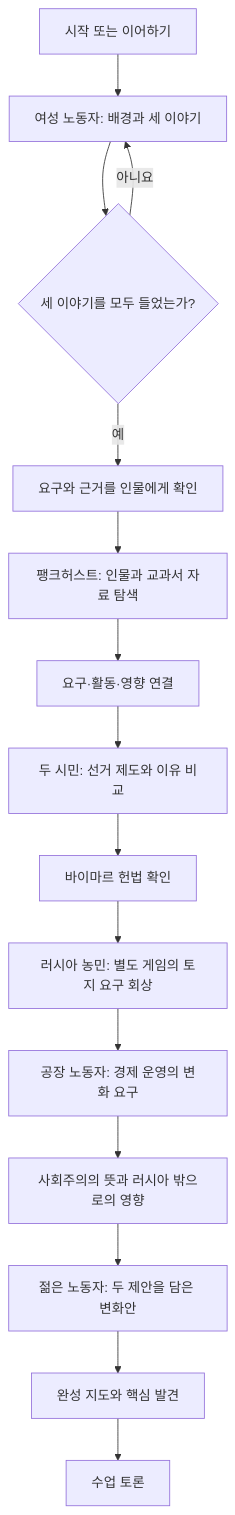
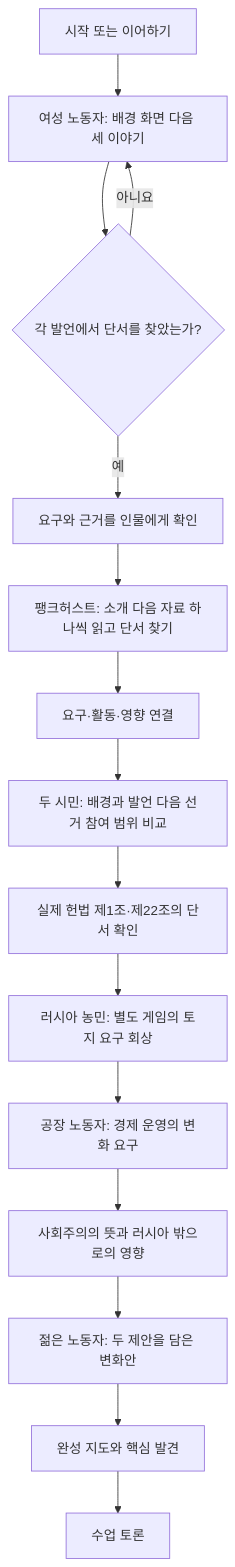
The first of 10 diagrams in docs/DIAGRAMS.md (bon17/1919choice), drawn with Mermaid before and after one commit. The commit also changed other lines of this file and 12 other files, not shown here.

````diff
--- a/docs/DIAGRAMS.md
+++ b/docs/DIAGRAMS.md
@@ -7,17 +7,17 @@
 ```mermaid
 flowchart TD
-    A[시작 또는 이어하기] --> B[여성 노동자: 배경과 세 이야기]
-    B --> C{세 이야기를 모두 들었는가?}
+    A[시작 또는 이어하기] --> B[여성 노동자: 배경 화면 다음 세 이야기]
+    B --> C{각 발언에서 단서를 찾았는가?}
     C -- 아니요 --> B
     C -- 예 --> D[요구와 근거를 인물에게 확인]
-    D --> E[팽크허스트: 인물과 교과서 자료 탐색]
+    D --> E[팽크허스트: 소개 다음 자료 하나씩 읽고 단서 찾기]
     E --> F[요구·활동·영향 연결]
-    F --> G[두 시민: 선거 제도와 이유 비교]
-    G --> H[바이마르 헌법 확인]
+    F --> G[두 시민: 배경과 발언 다음 선거 참여 범위 비교]
+    G --> H[실제 헌법 제1조·제22조의 단서 확인]
     H --> I[러시아 농민: 별도 게임의 토지 요구 회상]
     I --> J[공장 노동자: 경제 운영의 변화 요구]
     J --> K[사회주의의 뜻과 러시아 밖으로의 영향]
     K --> L[젊은 노동자: 두 제안을 담은 변화안]
     L --> M[완성 지도와 핵심 발견]
     M --> N[수업 토론]
 ```
````
